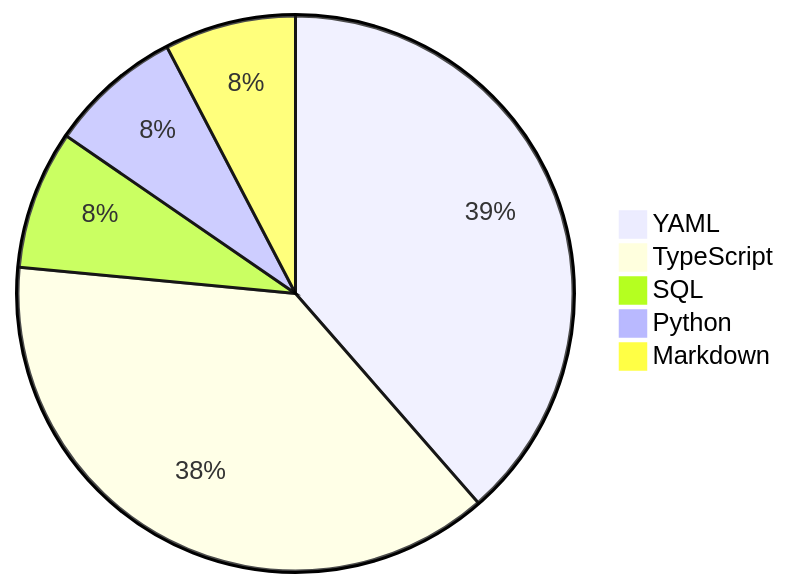
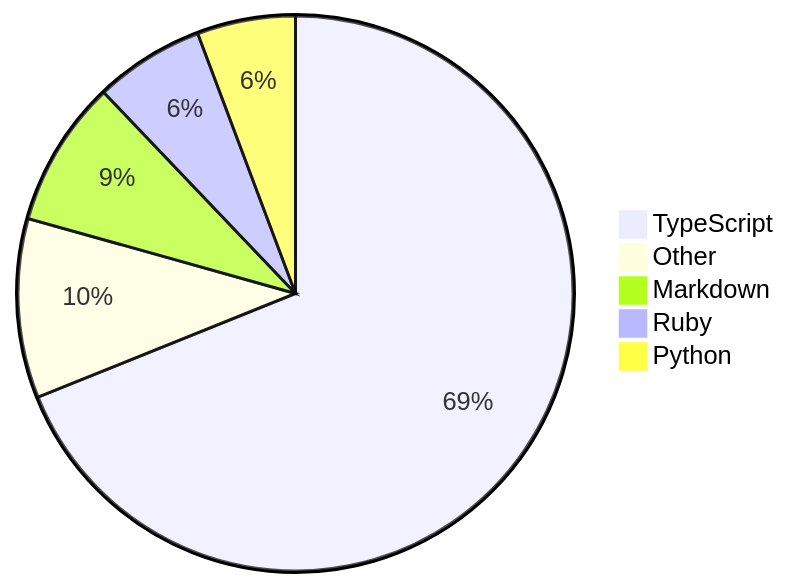
Before and after one commit to skvggor/skvggor: the diagram in README.md, drawn with Mermaid.

Commit message:
Updated waka-readme graph with new metrics

````diff
--- a/README.md
+++ b/README.md
@@ -16,8 +16,8 @@
 ```mermaid
 pie
-    "YAML" : 35.8
-    "TypeScript" : 35.2
-    "SQL" : 7.5
-    "Python" : 7.2
-    "Markdown" : 7.1
+    "TypeScript" : 61.4
+    "Other" : 9.3
+    "Markdown" : 7.6
+    "Ruby" : 5.7
+    "Python" : 5.1
 ```
````
